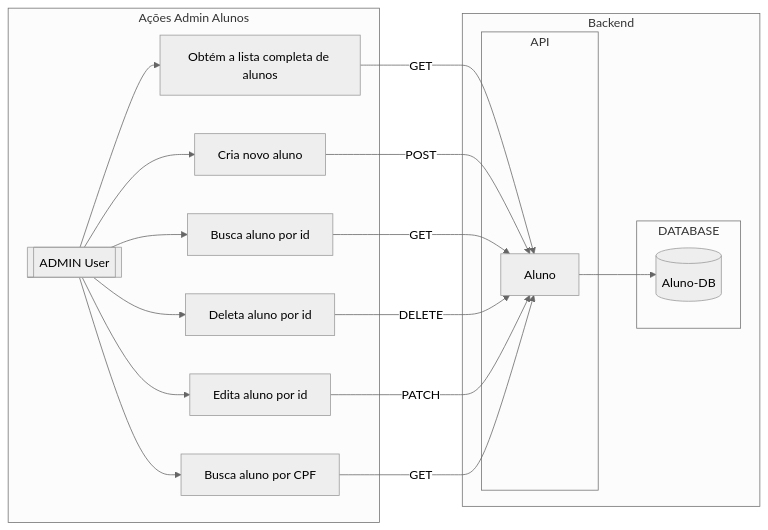
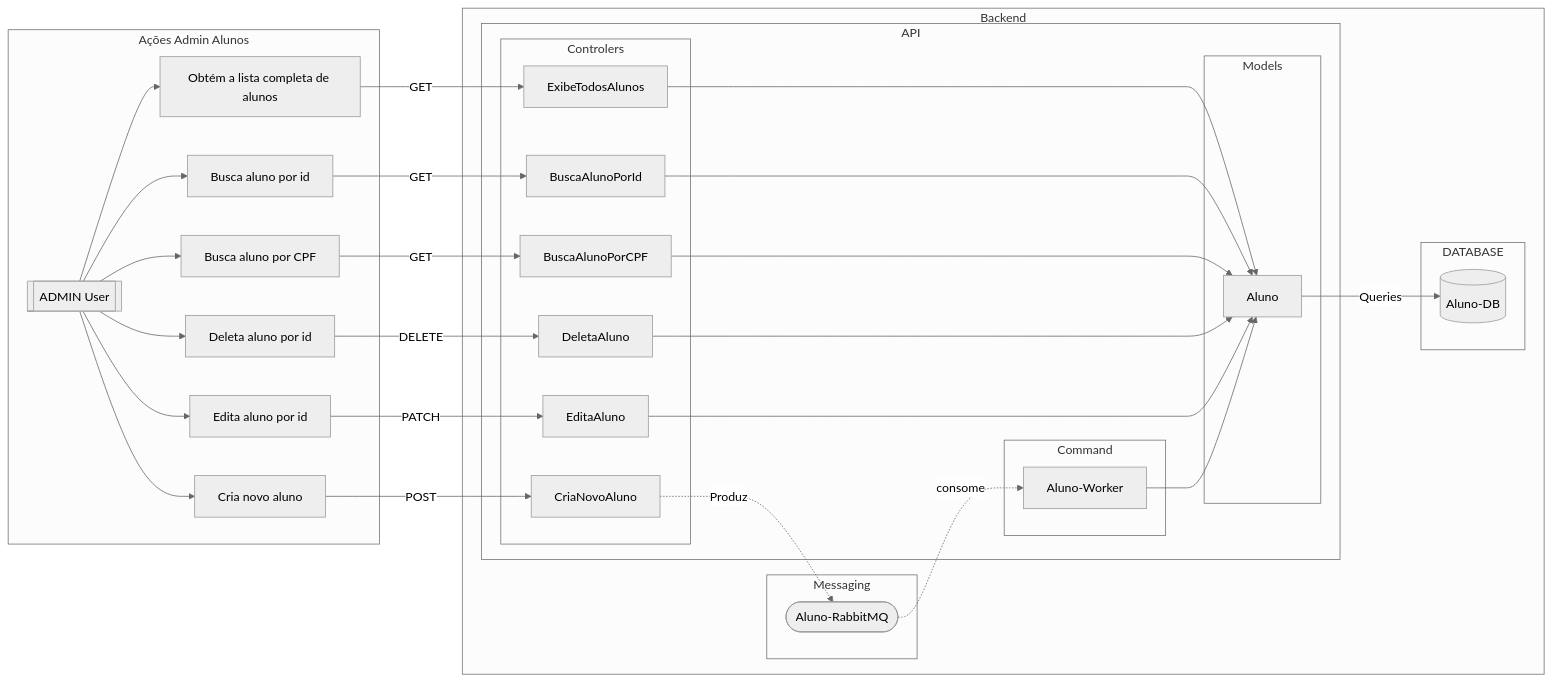
Before and after one commit to jtonynet/api-gin-rest: the diagram in README.md, drawn with Mermaid (neutral theme). The commit also changed other lines of this file, not shown here.

Commit message:
feat: readme new flowchart and icon

````diff
--- a/README.md
+++ b/README.md
@@ -145,38 +145,70 @@
 ```mermaid
 graph LR
   subgraph Ações Admin Alunos
     A[[ADMIN User]]
-    B["Obtém a lista completa de alunos"]
-    C["Cria novo aluno"]
+    B["Cria novo aluno"]
+    C["Obtém a lista completa de alunos"]
     D["Busca aluno por id"]
     E["Deleta aluno por id"]
     F["Edita aluno por id"]
     G["Busca aluno por CPF"]
   end
 
   subgraph Backend 
+    subgraph Messaging
+        RabbitMQ(["Aluno-RabbitMQ"])
+    end
+
     subgraph API
-      Aluno["Aluno"]
+      subgraph Command
+        Worker["Aluno-Worker"]
+      end
+
+      subgraph Controlers
+        CriaNovoAluno["CriaNovoAluno"]
+        ExibeTodosAlunos["ExibeTodosAlunos"]
+        BuscaAlunoPorId["BuscaAlunoPorId"]
+        DeletaAluno["DeletaAluno"]
+        EditaAluno["EditaAluno"]
+        BuscaAlunoPorCPF["BuscaAlunoPorCPF"]
+      end
+
+      subgraph Models
+        Aluno["Aluno"]
+      end
     end
 
     subgraph DATABASE
       Aluno-DB[("Aluno-DB")]
-    end    
+    end 
+   
   end
 
   A --> B
   A --> C
   A --> D
   A --> E
   A --> F
   A --> G
 
-  B -->|GET| Aluno
-  C -->|POST| Aluno
-  D -->|GET| Aluno
-  E -->|DELETE| Aluno
-  F -->|PATCH| Aluno
-  G -->|GET| Aluno
+  C -->|GET| ExibeTodosAlunos
+  D -->|GET| BuscaAlunoPorId
+  E -->|DELETE| DeletaAluno
+  F -->|PATCH| EditaAluno
+  G -->|GET| BuscaAlunoPorCPF
 
-  Aluno --> Aluno-DB
+  ExibeTodosAlunos --> Aluno
+  BuscaAlunoPorId --> Aluno
+  BuscaAlunoPorCPF --> Aluno
+  DeletaAluno --> Aluno
+  EditaAluno --> Aluno
+
+  Aluno -->|Queries| Aluno-DB
+  B -->|POST| CriaNovoAluno
+
+  CriaNovoAluno -.->|Produz| RabbitMQ
+  RabbitMQ -.->|consome| Worker
+
+  Worker --> Aluno
+
 ```
````
